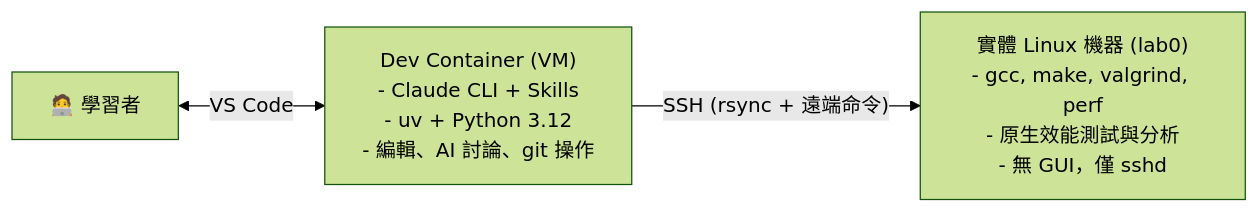
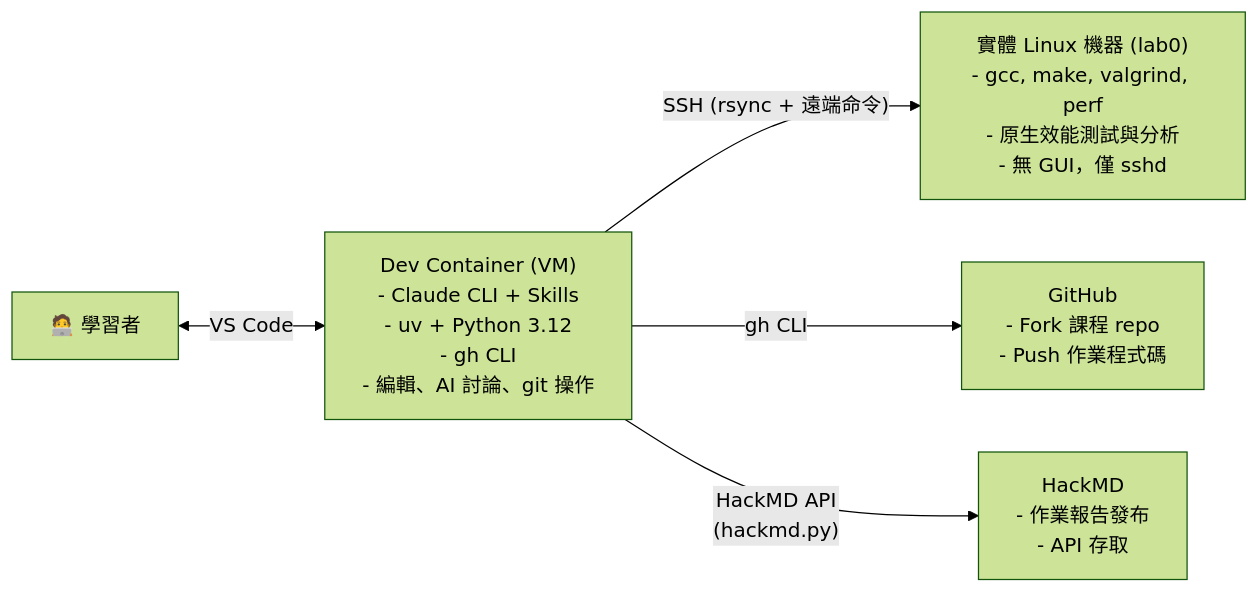
Before and after one commit to laneser/linuxkernel2026: the first of 3 diagrams in docs/ARC42.md, drawn with Mermaid (forest theme). The commit also changed other lines of this file and 6 other files, not shown here.

First line of the commit message:
Add homework workflow, gh CLI, and HackMD integration

````diff
--- a/docs/ARC42.md
+++ b/docs/ARC42.md
@@ -34,9 +34,13 @@
 ```mermaid
 graph LR
     learner["🧑‍💻 學習者"]
-    dev["Dev Container (VM)<br/>- Claude CLI + Skills<br/>- uv + Python 3.12<br/>- 編輯、AI 討論、git 操作"]
+    dev["Dev Container (VM)<br/>- Claude CLI + Skills<br/>- uv + Python 3.12<br/>- gh CLI<br/>- 編輯、AI 討論、git 操作"]
     lab["實體 Linux 機器 (lab0)<br/>- gcc, make, valgrind, perf<br/>- 原生效能測試與分析<br/>- 無 GUI，僅 sshd"]
+    hackmd["HackMD<br/>- 作業報告發布<br/>- API 存取"]
+    github["GitHub<br/>- Fork 課程 repo<br/>- Push 作業程式碼"]
 
     learner <-- "VS Code" --> dev
     dev -- "SSH (rsync + 遠端命令)" --> lab
+    dev -- "gh CLI" --> github
+    dev -- "HackMD API<br/>(hackmd.py)" --> hackmd
 ```
````
